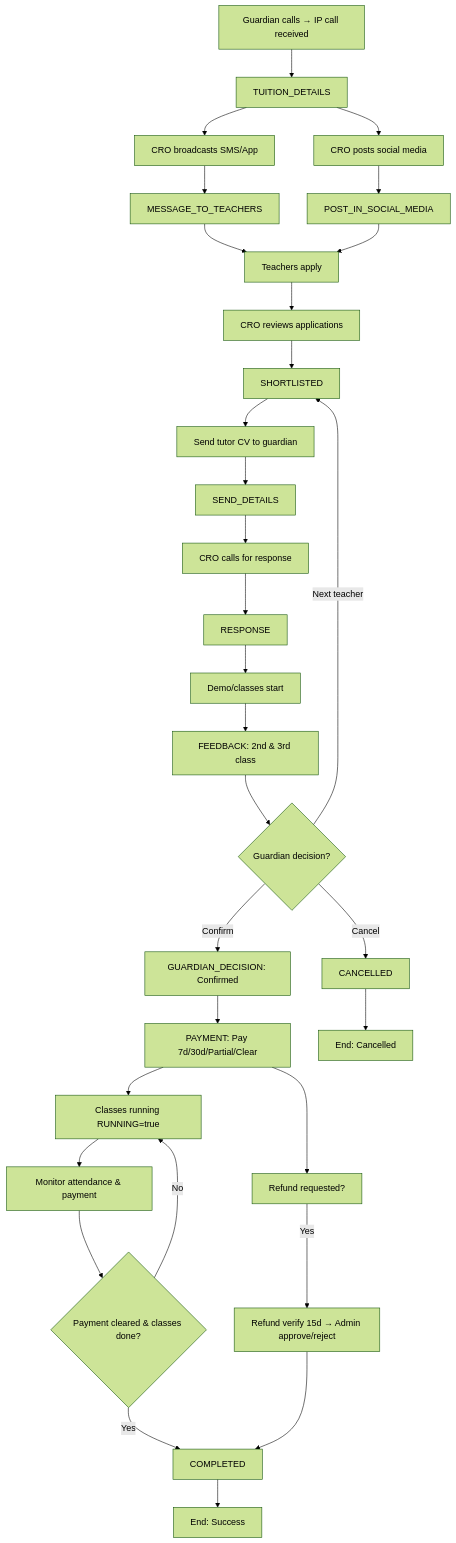
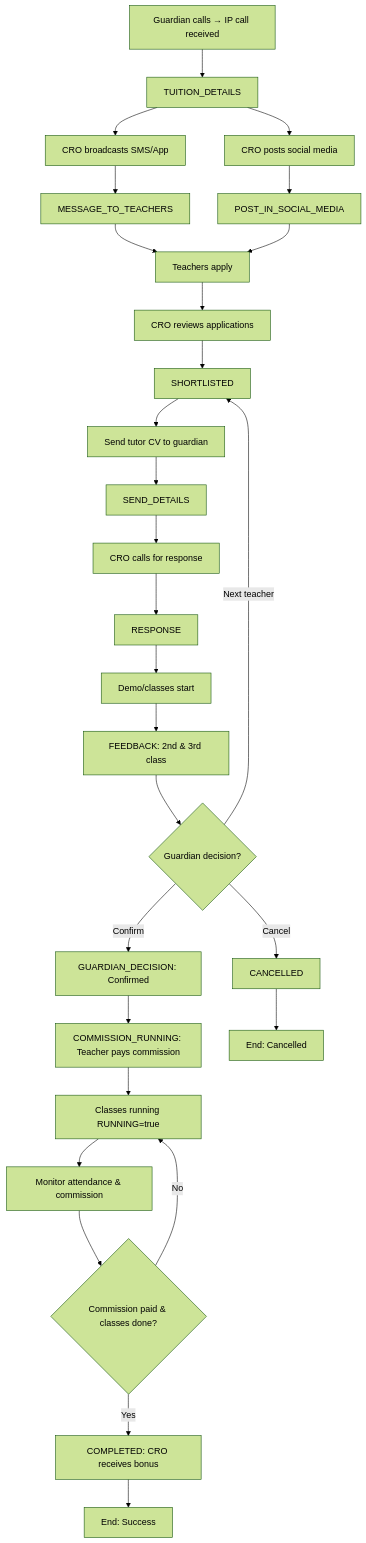
One commit to NeexG/bright-tutor-documentation changed diagram 15 of 15 in README.md. Above: the diagram before and after it, drawn with Mermaid (forest theme). The commit also changed other lines of this file, not shown here.

````diff
--- a/README.md
+++ b/README.md
@@ -1879,33 +1914,30 @@
 ```mermaid
 flowchart TD
   A[Guardian calls → IP call received] --> B[TUITION_DETAILS]
   B --> C[CRO broadcasts SMS/App]
   C --> D[MESSAGE_TO_TEACHERS]
   B --> E[CRO posts social media]
   E --> F[POST_IN_SOCIAL_MEDIA]
   D --> G[Teachers apply]
   F --> G
   G --> H[CRO reviews applications]
   H --> I[SHORTLISTED]
   I --> J[Send tutor CV to guardian]
   J --> K[SEND_DETAILS]
   K --> L[CRO calls for response]
   L --> M[RESPONSE]
   M --> N[Demo/classes start]
   N --> O[FEEDBACK: 2nd & 3rd class]
   O --> P{Guardian decision?}
   P -->|Confirm| Q[GUARDIAN_DECISION: Confirmed]
   P -->|Next teacher| I
   P -->|Cancel| R[CANCELLED]
-  Q --> S[PAYMENT: Pay 7d/30d/Partial/Clear]
+  Q --> S[COMMISSION_RUNNING: Teacher pays commission]
   S --> T[Classes running RUNNING=true]
-  T --> U[Monitor attendance & payment]
-  U --> V{Payment cleared & classes done?}
-  V -->|Yes| W[COMPLETED]
+  T --> U[Monitor attendance & commission]
+  U --> V{Commission paid & classes done?}
+  V -->|Yes| W[COMPLETED: CRO receives bonus]
   V -->|No| T
-  S --> X[Refund requested?]
-  X -->|Yes| Y[Refund verify 15d → Admin approve/reject]
-  Y --> W
   W --> Z[End: Success]
   R --> Z1[End: Cancelled]
 ```
````
